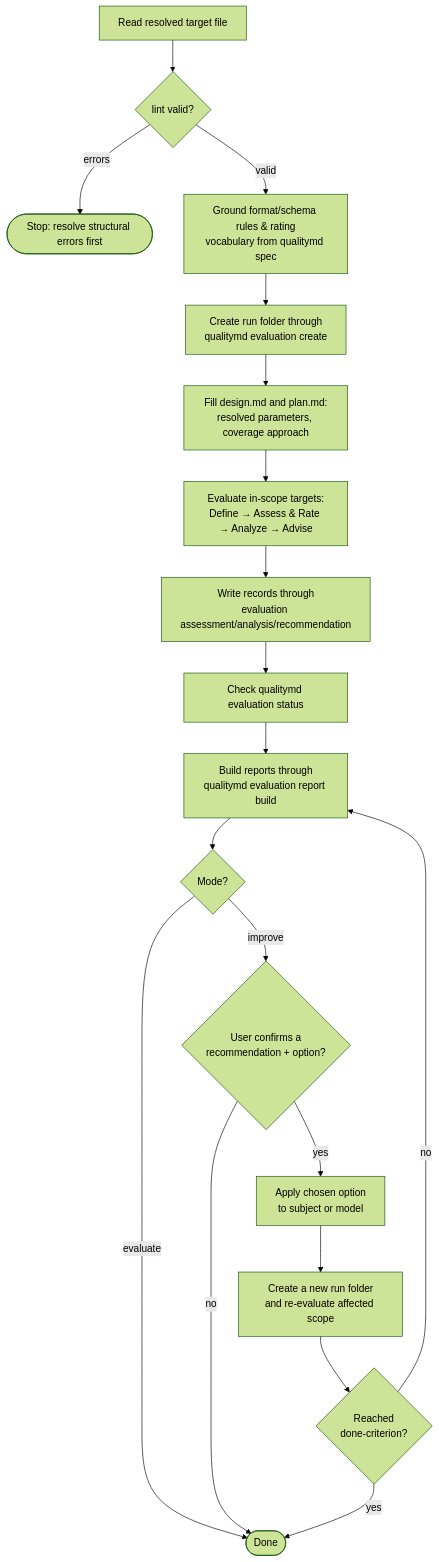
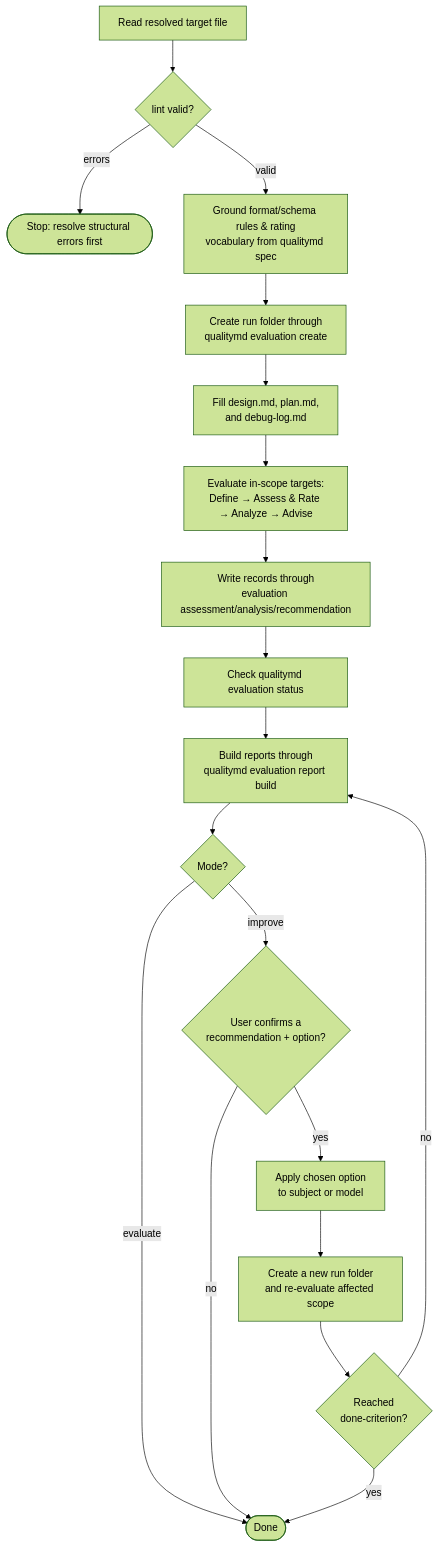
Before and after one commit to qualitymd/quality.md: the diagram in specs/skills/quality-skill/quality-skill.md, drawn with Mermaid (forest theme). The commit also changed other lines of this file and 20 other files, not shown here.

Commit message:
Add evaluation debug log artifact

````diff
--- a/specs/skills/quality-skill/quality-skill.md
+++ b/specs/skills/quality-skill/quality-skill.md
@@ -525,21 +525,21 @@
 ```mermaid
 flowchart TD
     Read[Read resolved target file] --> Lint{lint valid?}
     Lint -->|errors| Stop([Stop: resolve structural errors first])
     Lint -->|valid| Ground[Ground format/schema rules &amp; rating<br/>vocabulary from qualitymd spec]
     Ground --> Run[Create run folder through<br/>qualitymd evaluation create]
-    Run --> Plan[Fill design.md and plan.md:<br/>resolved parameters, coverage approach]
+    Run --> Plan[Fill design.md, plan.md,<br/>and debug-log.md]
     Plan --> Eval[Evaluate in-scope targets:<br/>Define → Assess &amp; Rate → Analyze → Advise]
     Eval --> Records[Write records through<br/>evaluation assessment/analysis/recommendation]
     Records --> Status[Check qualitymd evaluation status]
     Status --> Report[Build reports through<br/>qualitymd evaluation report build]
     Report --> Mode{Mode?}
     Mode -->|evaluate| Done([Done])
     Mode -->|improve| Confirm{User confirms a<br/>recommendation + option?}
     Confirm -->|no| Done
     Confirm -->|yes| Apply[Apply chosen option<br/>to subject or model]
     Apply --> ReEval[Create a new run folder<br/>and re-evaluate affected scope]
     ReEval --> Criterion{Reached<br/>done-criterion?}
     Criterion -->|yes| Done
     Criterion -->|no| Report
 ```
````
